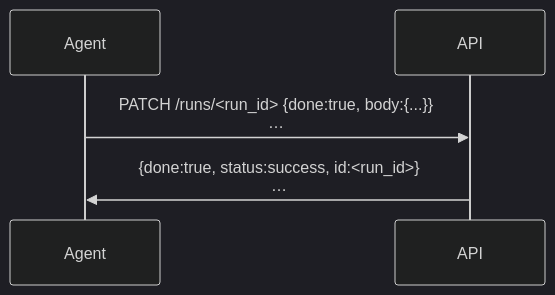
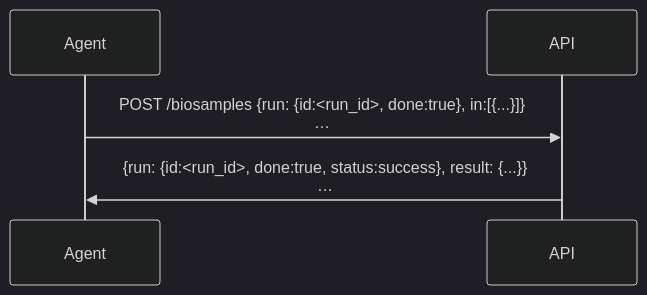
Before and after one commit to microbiomedata/nmdc-runtime: the second of 4 diagrams in docs/draft.md, drawn with Mermaid (dark theme). The commit also changed other lines of this file, not shown here.

````diff
--- a/docs/draft.md
+++ b/docs/draft.md
@@ -46,7 +45,7 @@
 ```mermaid
 sequenceDiagram
     participant Agent
     participant API  
-    Agent->>API: PATCH /runs/<run_id> {done:true, body:{...}}<br/>…
-    API->>Agent: {done:true, status:success, id:<run_id>}<br/>…
+    Agent->>API: POST /biosamples {run: {id:<run_id>, done:true}, in:[{...}]}<br/>…
+    API->>Agent: {run: {id:<run_id>, done:true, status:success}, result: {...}}<br/>…
 ```
````
